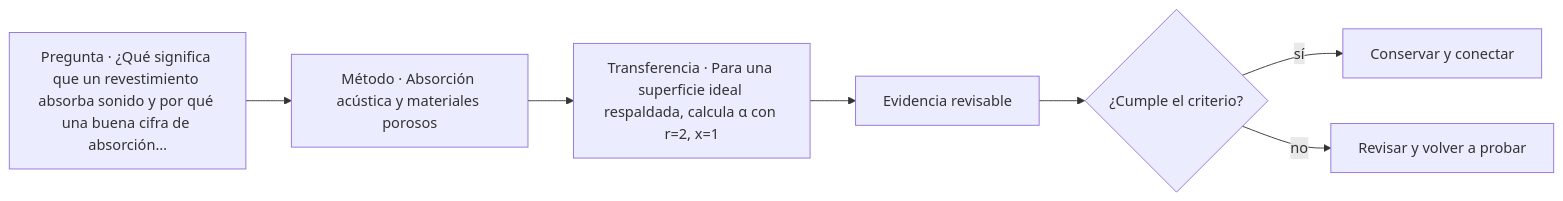
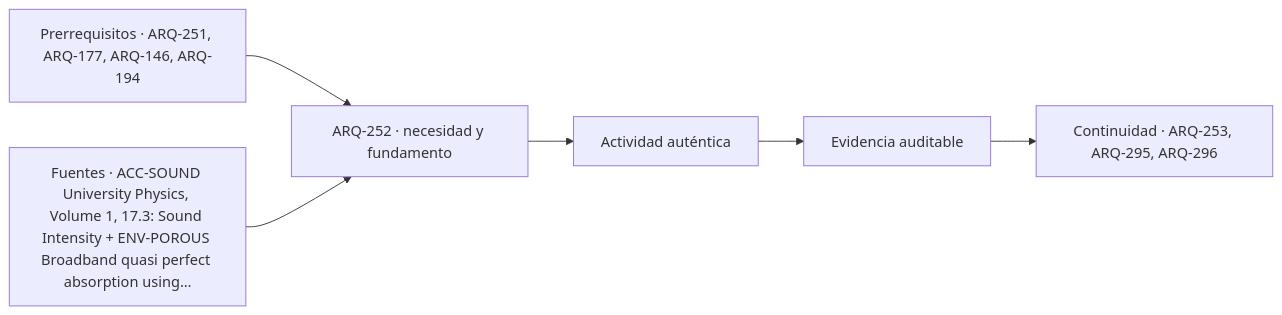
One commit to vladimiracunadev-create/architecture-built-environment-learning-program changed the diagram in classes/parte-26/ARQ-252.md. Above: the diagram before and after it, drawn with Mermaid. The commit also changed other lines of this file and 761 other files, not shown here.

````diff
--- a/classes/parte-26/ARQ-252.md
+++ b/classes/parte-26/ARQ-252.md
@@ -109,9 +121,8 @@
 ```mermaid
 flowchart LR
-    Q["Pregunta · ¿Qué significa que un revestimiento absorba sonido y por qué una buena cifra de absorción…"] --> M["Método · Absorción acústica y materiales porosos"]
-    M --> P["Transferencia · Para una superficie ideal respaldada, calcula α con r=2, x=1"]
-    P --> E["Evidencia revisable"]
-    E --> C{"¿Cumple el criterio?"}
-    C -->|sí| T["Conservar y conectar"]
-    C -->|no| R["Revisar y volver a probar"]
+    A["Prerrequisitos · ARQ-251, ARQ-177, ARQ-146, ARQ-194"] --> B["ARQ-252 · necesidad y fundamento"]
+    S["Fuentes · ACC-SOUND University Physics, Volume 1, 17.3: Sound Intensity + ENV-POROUS Broadband quasi perfect absorption using…"] --> B
+    B --> C["Actividad auténtica"]
+    C --> D["Evidencia auditable"]
+    D --> E["Continuidad · ARQ-253, ARQ-295, ARQ-296"]
 ```
````
